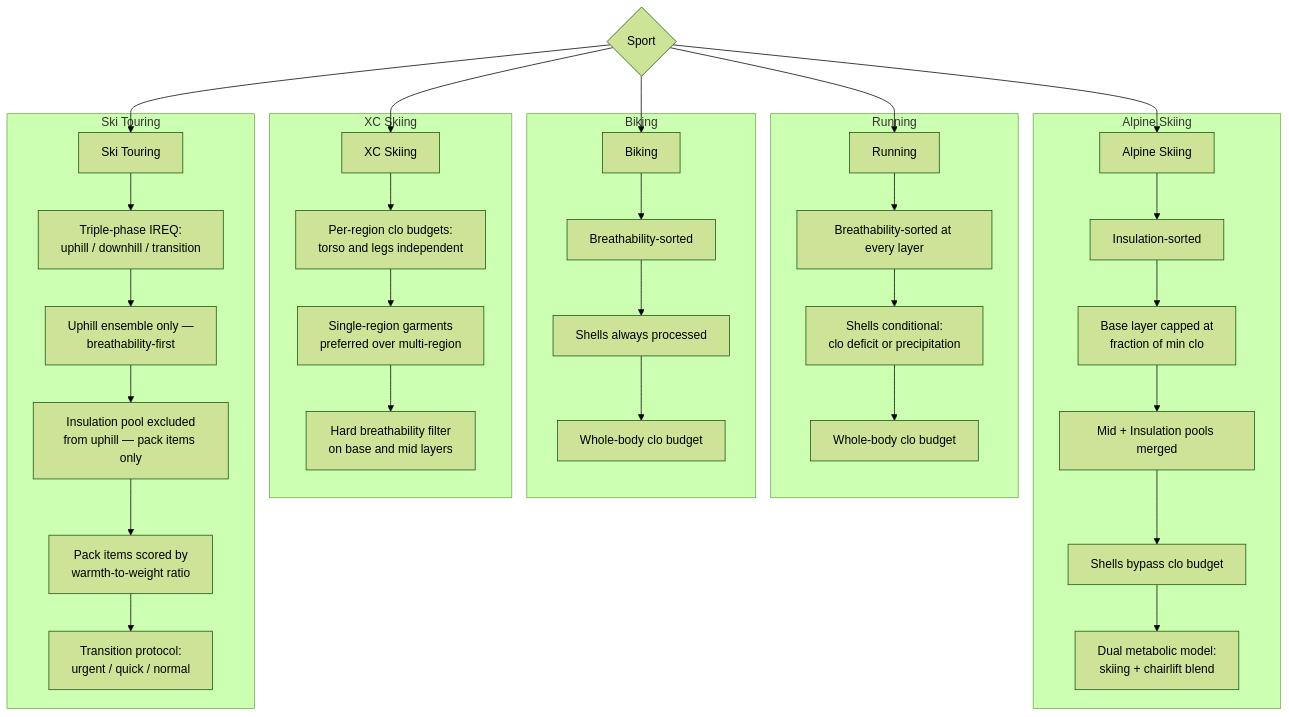
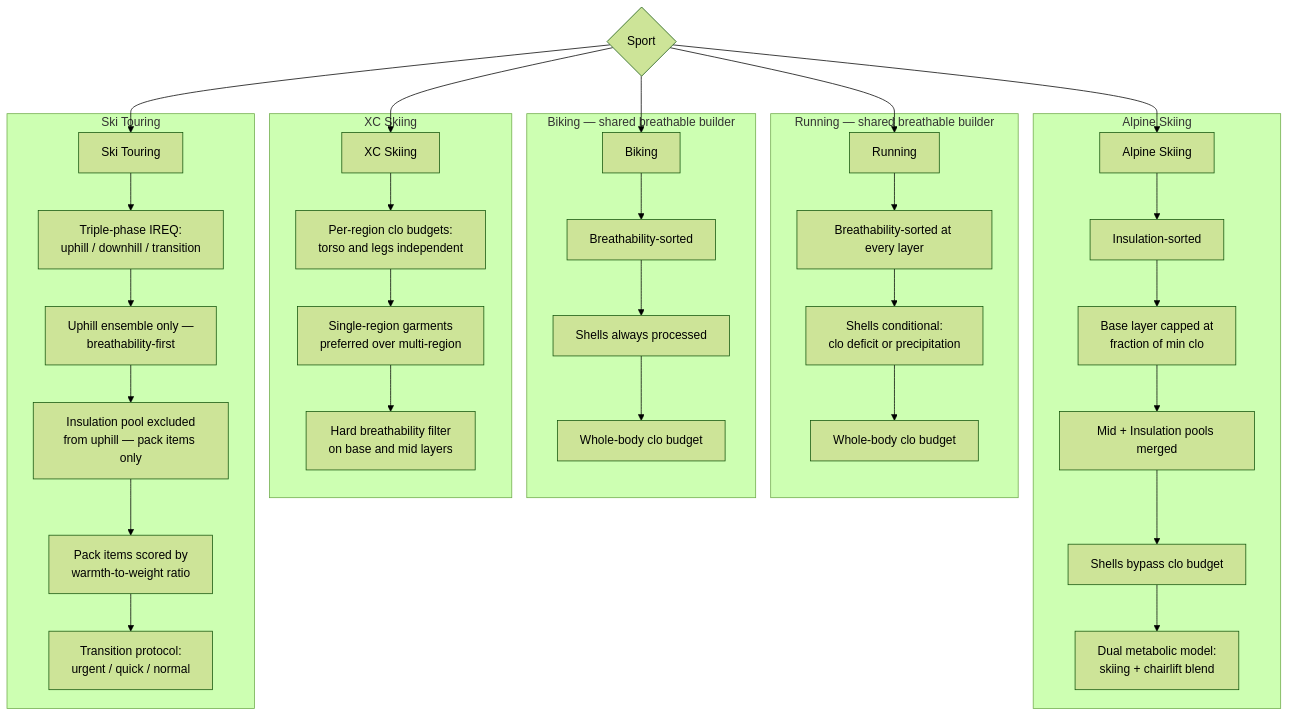
The fourth of 6 diagrams in README.md (derobertsw/swttr), drawn with Mermaid (forest theme) before and after one commit. The commit also changed other lines of this file and 27 other files, not shown here.

````diff
--- a/README.md
+++ b/README.md
@@ -143,42 +157,42 @@
 ```mermaid
 graph TD
     SPORT{Sport} --> RUN[Running]
     SPORT --> BIKE[Biking]
     SPORT --> ALP[Alpine Skiing]
     SPORT --> XC[XC Skiing]
     SPORT --> TOUR[Ski Touring]
 
-    subgraph "Running"
+    subgraph "Running — shared breathable builder"
         RUN --> R1[Breathability-sorted at every layer]
         R1 --> R2[Shells conditional:<br/>clo deficit or precipitation]
         R2 --> R3[Whole-body clo budget]
     end
 
-    subgraph "Biking"
+    subgraph "Biking — shared breathable builder"
         BIKE --> B1[Breathability-sorted]
         B1 --> B2[Shells always processed]
         B2 --> B3[Whole-body clo budget]
     end
 
     subgraph "Alpine Skiing"
         ALP --> A1[Insulation-sorted]
         A1 --> A2[Base layer capped at<br/>fraction of min clo]
         A2 --> A3[Mid + Insulation pools merged]
         A3 --> A4[Shells bypass clo budget]
         A4 --> A5[Dual metabolic model:<br/>skiing + chairlift blend]
     end
 
     subgraph "XC Skiing"
         XC --> X1[Per-region clo budgets:<br/>torso and legs independent]
         X1 --> X2[Single-region garments<br/>preferred over multi-region]
         X2 --> X3[Hard breathability filter<br/>on base and mid layers]
     end
 
     subgraph "Ski Touring"
         TOUR --> T1a[Triple-phase IREQ:<br/>uphill / downhill / transition]
         T1a --> T2a[Uphill ensemble only —<br/>breathability-first]
         T2a --> T3a[Insulation pool excluded<br/>from uphill — pack items only]
         T3a --> T4a[Pack items scored by<br/>warmth-to-weight ratio]
         T4a --> T5a[Transition protocol:<br/>urgent / quick / normal]
     end
 ```
````
